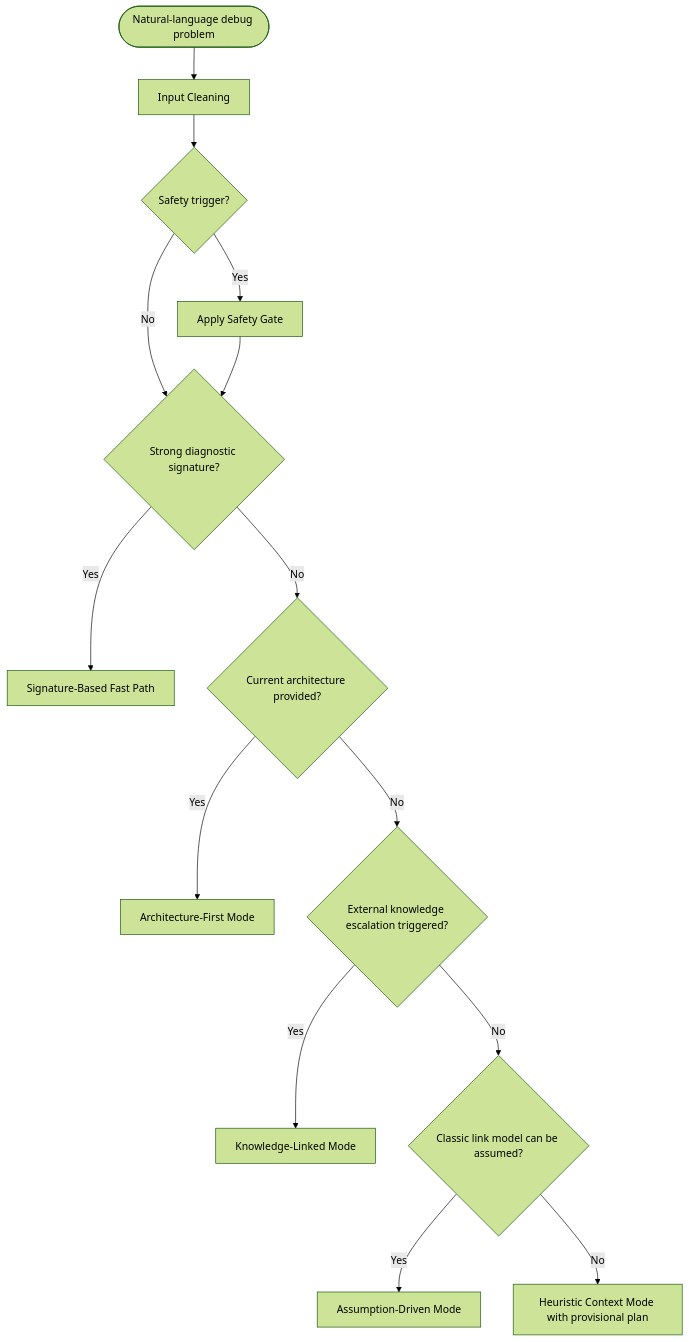
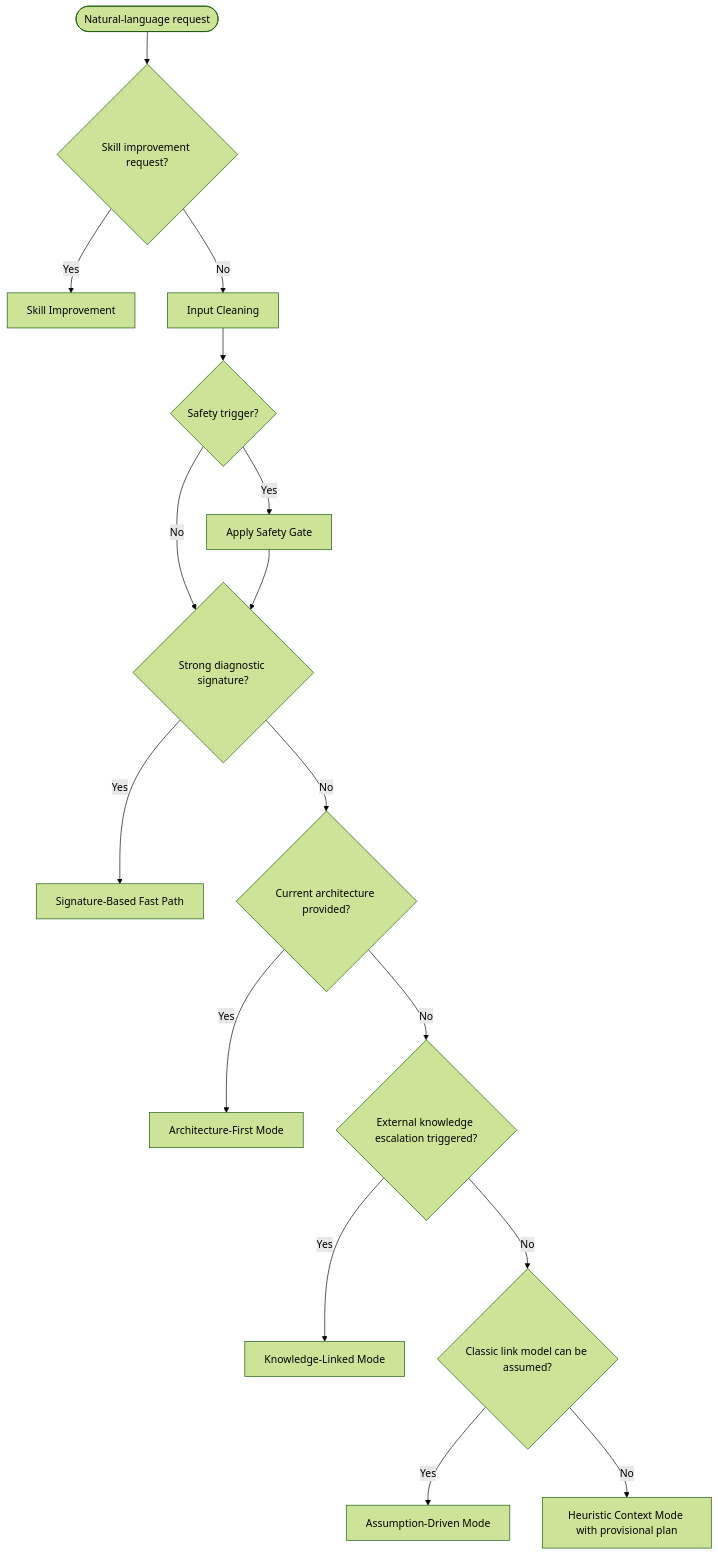
The diagram in routing/mode_router.md (joyhpc/DebugTool), drawn with Mermaid (forest theme) before and after one commit. The commit also changed other lines of this file and 14 other files, not shown here.

Commit message:
Add skill improvement gate

````diff
--- a/routing/mode_router.md
+++ b/routing/mode_router.md
@@ -5,16 +5,18 @@
 ```mermaid
 flowchart TD
-S([Natural-language debug problem]) --> C0[Input Cleaning]
+S([Natural-language request]) --> D00{Skill improvement request?}
+D00 -- Yes --> M0[Skill Improvement]
+D00 -- No --> C0[Input Cleaning]
 C0 --> D0{Safety trigger?}
 D0 -- Yes --> A0[Apply Safety Gate]
 D0 -- No --> D1{Strong diagnostic signature?}
 A0 --> D1
 D1 -- Yes --> M1[Signature-Based Fast Path]
 D1 -- No --> D2{Current architecture provided?}
 D2 -- Yes --> M2[Architecture-First Mode]
 D2 -- No --> D3{External knowledge escalation triggered?}
 D3 -- Yes --> M3[Knowledge-Linked Mode]
 D3 -- No --> D4{Classic link model can be assumed?}
 D4 -- Yes --> M4[Assumption-Driven Mode]
 D4 -- No --> M5[Heuristic Context Mode with provisional plan]
 ```
````
